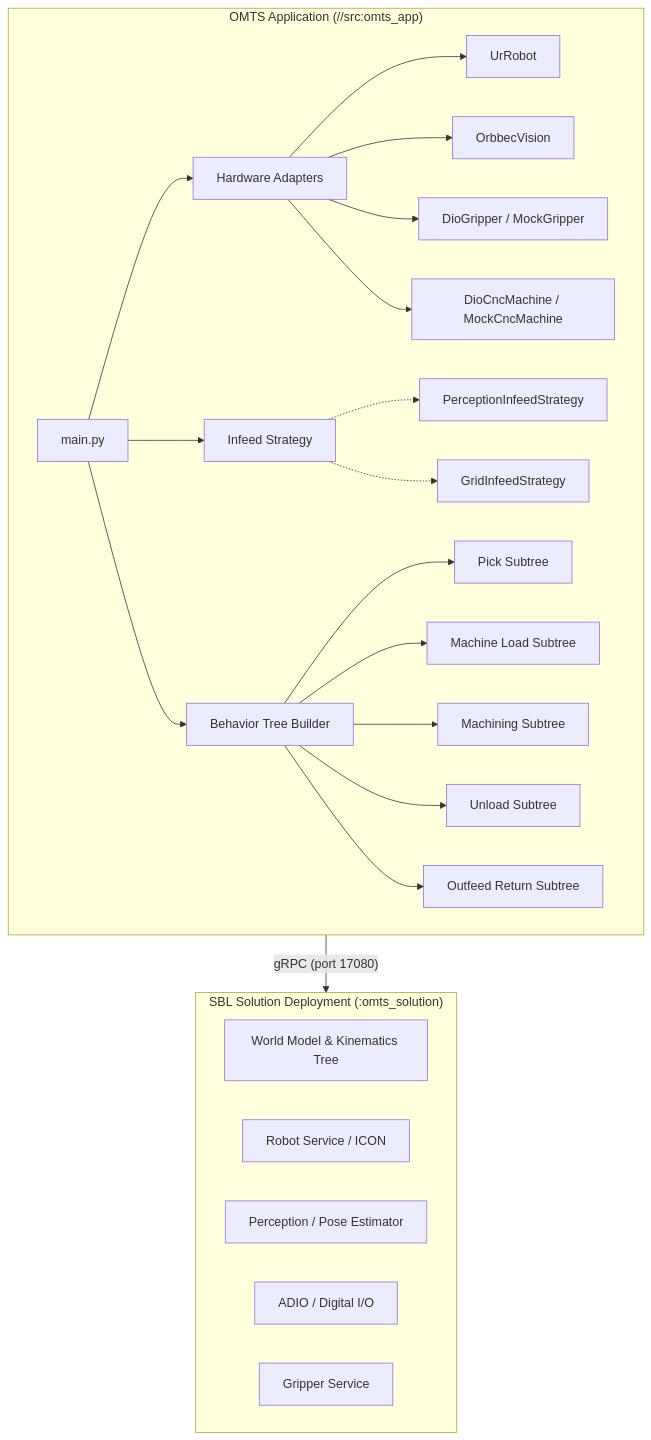
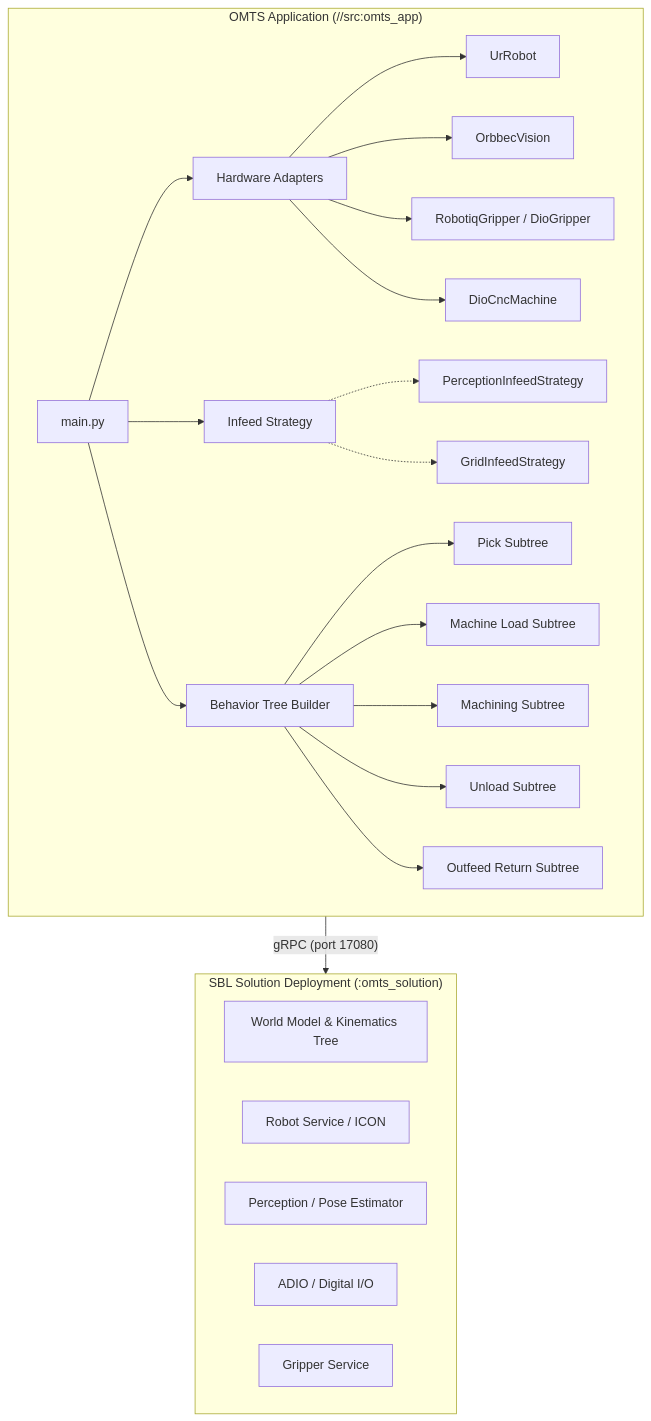
Before and after one commit to intrinsic-ai/intrinsic-omts: the first of 2 diagrams in docs/ARCHITECTURE.md, drawn with Mermaid. The commit also changed other lines of this file and 35 other files, not shown here.

First line of the commit message:
[2/3] Refactor hardware adapters to stateless SBL skills and remove Mock classes (#85)

````diff
--- a/docs/ARCHITECTURE.md
+++ b/docs/ARCHITECTURE.md
@@ -14,31 +14,31 @@
 ```mermaid
 flowchart TD
     subgraph SolutionCluster["SBL Solution Deployment (:omts_solution)"]
         W[World Model & Kinematics Tree]
         R[Robot Service / ICON]
         P[Perception / Pose Estimator]
         IO[ADIO / Digital I/O]
         G[Gripper Service]
     end
 
     subgraph OMTSApplication["OMTS Application (//src:omts_app)"]
         MAIN[main.py] --> ADAPTERS[Hardware Adapters]
         ADAPTERS --> ROBOT_ADAPT[UrRobot]
         ADAPTERS --> VISION_ADAPT[OrbbecVision]
-        ADAPTERS --> GRIP_ADAPT[DioGripper / MockGripper]
-        ADAPTERS --> CNC_ADAPT[DioCncMachine / MockCncMachine]
+        ADAPTERS --> GRIP_ADAPT[RobotiqGripper / DioGripper]
+        ADAPTERS --> CNC_ADAPT[DioCncMachine]
         
         MAIN --> STRATEGY[Infeed Strategy]
         STRATEGY -.-> PERCEP[PerceptionInfeedStrategy]
         STRATEGY -.-> GRID[GridInfeedStrategy]
         
         MAIN --> BT_BUILDER[Behavior Tree Builder]
         BT_BUILDER --> SUB_PICK[Pick Subtree]
         BT_BUILDER --> SUB_LOAD[Machine Load Subtree]
         BT_BUILDER --> SUB_MACHINE[Machining Subtree]
         BT_BUILDER --> SUB_UNLOAD[Unload Subtree]
         BT_BUILDER --> SUB_OUTFEED[Outfeed Return Subtree]
     end
 
     OMTSApplication -- gRPC (port 17080) --> SolutionCluster
 ```
````
